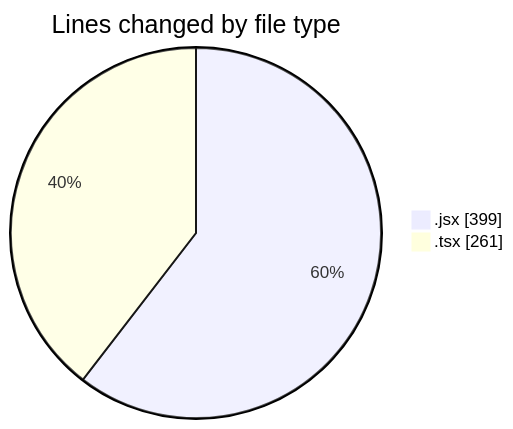
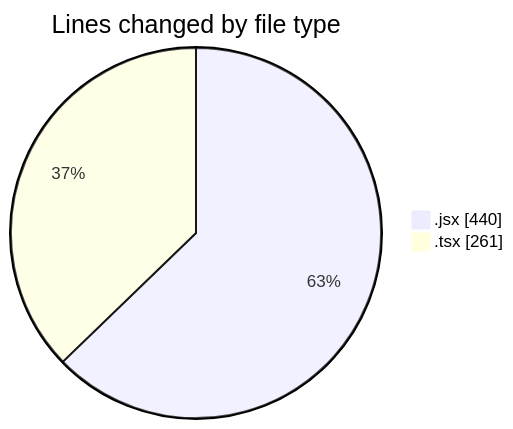
One commit to momahboobian/code-tracking changed the first of 2 diagrams in 2026-02-11/cda/README.md. Above: the diagram before and after it, drawn with Mermaid. The commit also changed other lines of this file and 1 other file, not shown here.

````diff
--- a/2026-02-11/cda/README.md
+++ b/2026-02-11/cda/README.md
@@ -23,6 +23,6 @@
 ```mermaid
 pie showData
 title Lines changed by file type
-".jsx" : 399
+".jsx" : 440
 ".tsx" : 261
 ```
````
